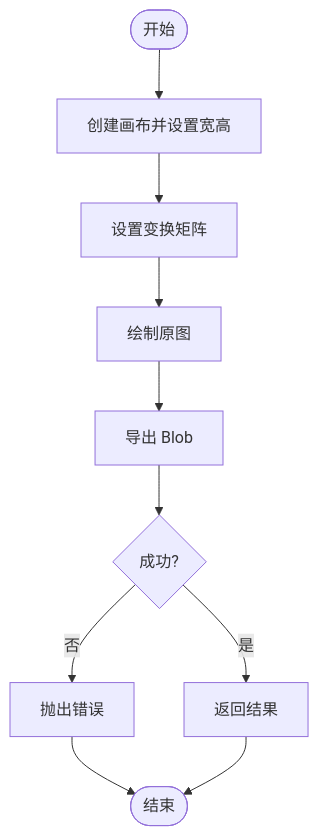
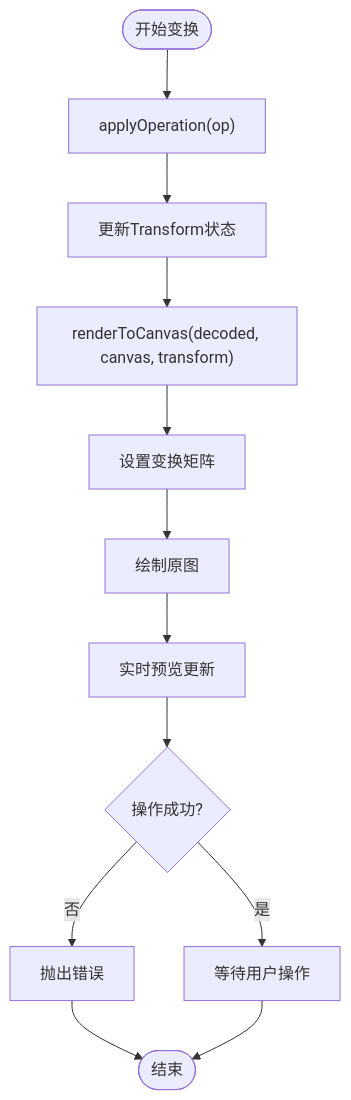
One commit to sgyy/privadeck changed the third of 6 diagrams in .qoder/repowiki/zh/content/图像工具/图像变换.md. Above: the diagram before and after it, drawn with Mermaid. The commit also changed other lines of this file and 27 other files, not shown here.

````diff
--- a/.qoder/repowiki/zh/content/图像工具/图像变换.md
+++ b/.qoder/repowiki/zh/content/图像工具/图像变换.md
@@ -140,12 +168,14 @@
 ```mermaid
 flowchart TD
-Start(["开始"]) --> CreateCanvas["创建画布并设置宽高"]
-CreateCanvas --> SetTransform["设置变换矩阵"]
+Start(["开始变换"]) --> ApplyOp["applyOperation(op)"]
+ApplyOp --> UpdateState["更新Transform状态"]
+UpdateState --> RenderCanvas["renderToCanvas(decoded, canvas, transform)"]
+RenderCanvas --> SetTransform["设置变换矩阵"]
 SetTransform --> Draw["绘制原图"]
-Draw --> ToBlob["导出 Blob"]
-ToBlob --> Success{"成功?"}
-Success --> |是| Return["返回结果"]
+Draw --> Preview["实时预览更新"]
+Preview --> Success{"操作成功?"}
+Success --> |是| WaitUser["等待用户操作"]
 Success --> |否| ThrowErr["抛出错误"]
 ThrowErr --> End(["结束"])
-Return --> End
+WaitUser --> End
 ```
````
